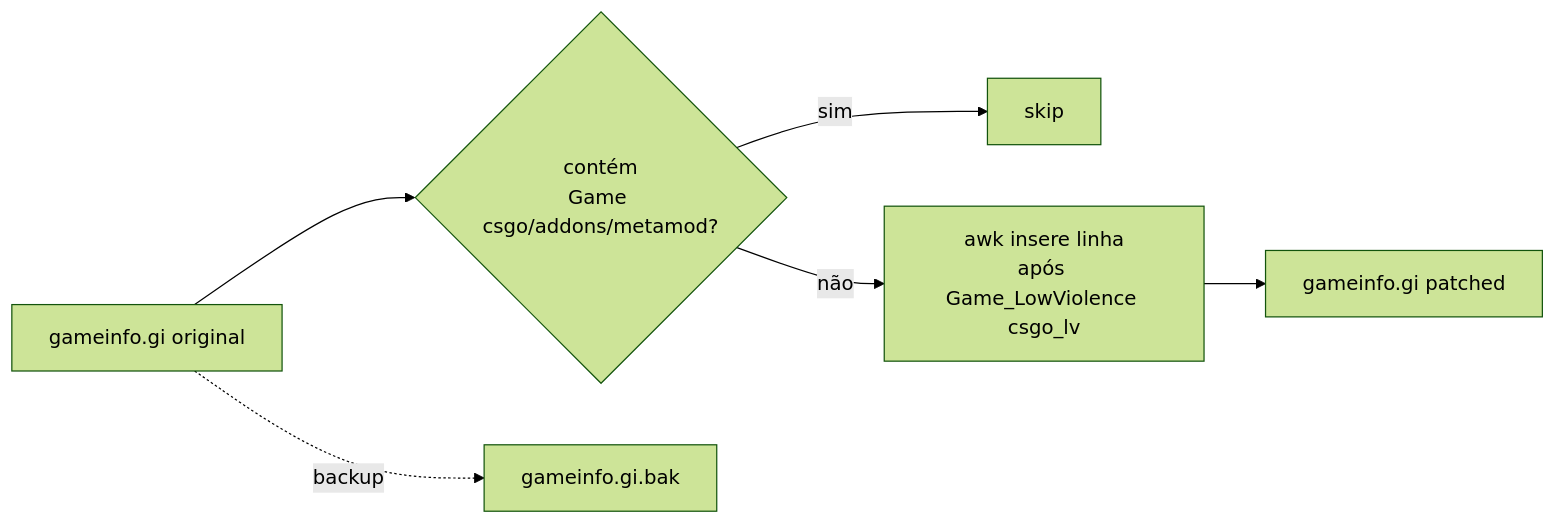
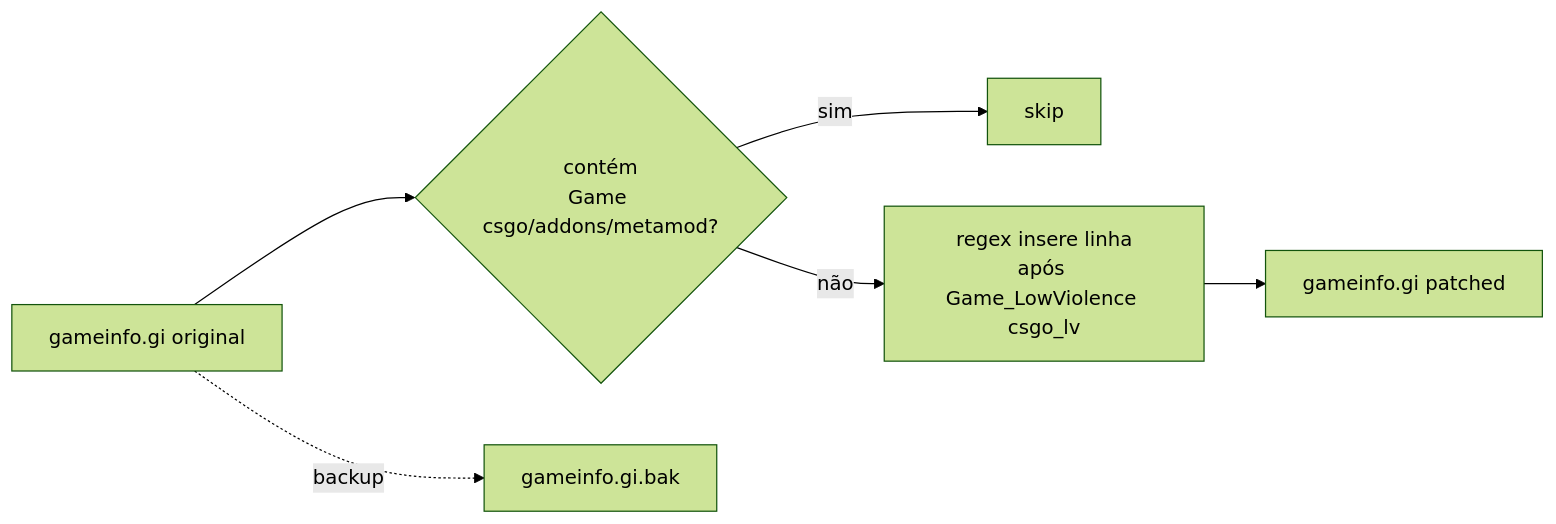
The third of 3 diagrams in docs/03-install-flow.md (vinnedev/cs2-linux-server), drawn with Mermaid (forest theme) before and after one commit. The commit also changed other lines of this file and 92 other files, not shown here.

````diff
--- a/docs/03-install-flow.md
+++ b/docs/03-install-flow.md
@@ -77,8 +77,8 @@
 ```mermaid
 flowchart LR
     A[gameinfo.gi original] --> B{contém<br/>Game csgo/addons/metamod?}
     B -- sim --> D[skip]
-    B -- não --> C[awk insere linha<br/>após Game_LowViolence csgo_lv]
+    B -- não --> C[regex insere linha<br/>após Game_LowViolence csgo_lv]
     C --> E[gameinfo.gi patched]
     A -.backup.-> F[gameinfo.gi.bak]
 ```
````
